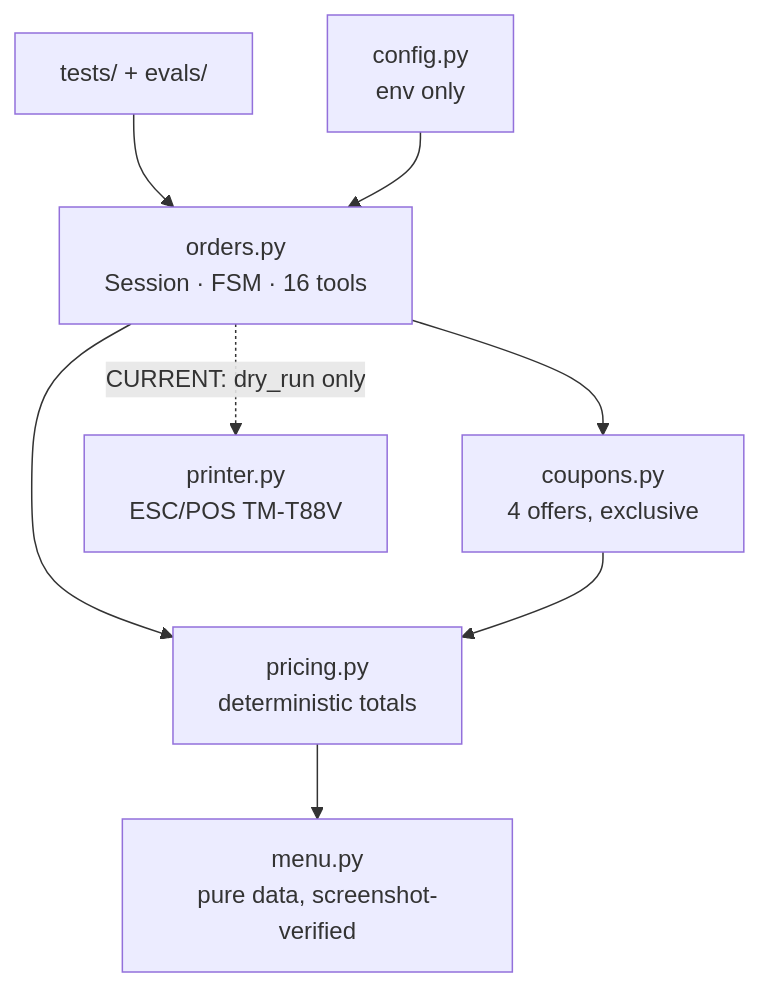
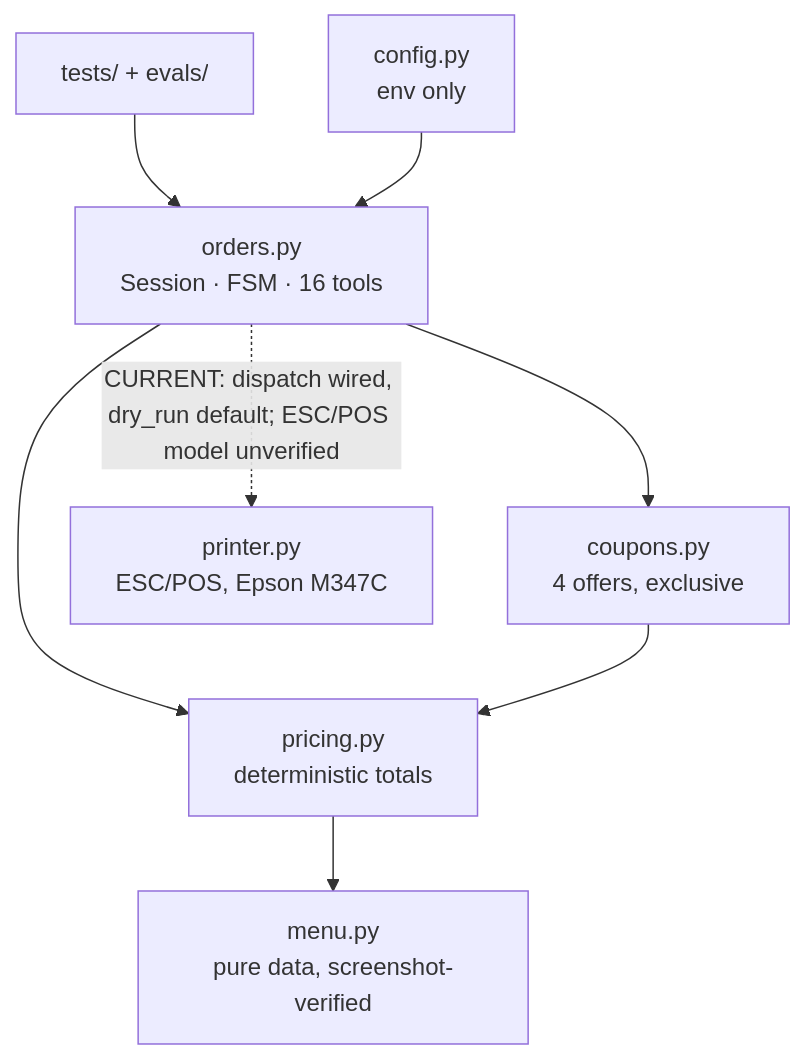
The first of 3 diagrams in docs/ARCHITECTURE.md (ckvishwa/Lakewood-AI), drawn with Mermaid before and after one commit. The commit also changed other lines of this file and 7 other files, not shown here.

````diff
--- a/docs/ARCHITECTURE.md
+++ b/docs/ARCHITECTURE.md
@@ -19,10 +19,10 @@
 ```mermaid
 graph TD
     T[tests/ + evals/] --> O[orders.py<br/>Session · FSM · 16 tools]
     O --> P[pricing.py<br/>deterministic totals]
     O --> C[coupons.py<br/>4 offers, exclusive]
     P --> M[menu.py<br/>pure data, screenshot-verified]
     C --> P
-    O -.CURRENT: dry_run only.-> PR[printer.py<br/>ESC/POS TM-T88V]
+    O -.CURRENT: dispatch wired, dry_run default; ESC/POS model unverified.-> PR[printer.py<br/>ESC/POS, Epson M347C]
     CF[config.py<br/>env only] --> O
 ```
````
